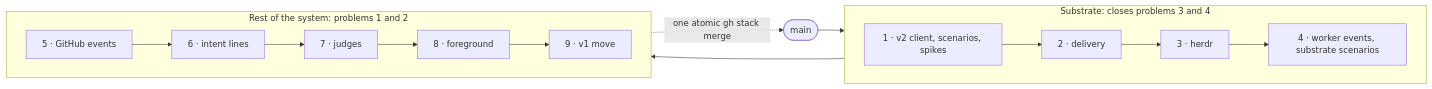
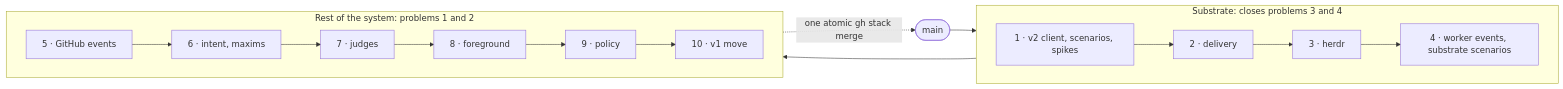
The first of 16 diagrams in docs/switchboard.md (adamkaplan/fleet-kit), drawn with Mermaid before and after one commit. The commit also changed other lines of this file, not shown here.

First line of the commit message:
docs: switchboard: maxims, a reach-for-you rubric, and a tool-call policy judge

````diff
--- a/docs/switchboard.md
+++ b/docs/switchboard.md
@@ -26,15 +27,15 @@
 ```mermaid
 flowchart LR
   main(["main"])
   subgraph substrate["Substrate: closes problems 3 and 4"]
     direction LR
     p1["1 · v2 client, scenarios, spikes"] --> p2["2 · delivery"] --> p3["3 · herdr"] --> p4["4 · worker events, substrate scenarios"]
   end
   subgraph system["Rest of the system: problems 1 and 2"]
     direction LR
-    p5["5 · GitHub events"] --> p6["6 · intent lines"] --> p7["7 · judges"] --> p8["8 · foreground"] --> p9["9 · v1 move"]
+    p5["5 · GitHub events"] --> p6["6 · intent, maxims"] --> p7["7 · judges"] --> p8["8 · foreground"] --> p9["9 · policy"] --> p10["10 · v1 move"]
   end
   main --> p1
   p4 --> p5
-  p9 -. "one atomic gh stack merge" .-> main
+  p10 -. "one atomic gh stack merge" .-> main
 ```
````
